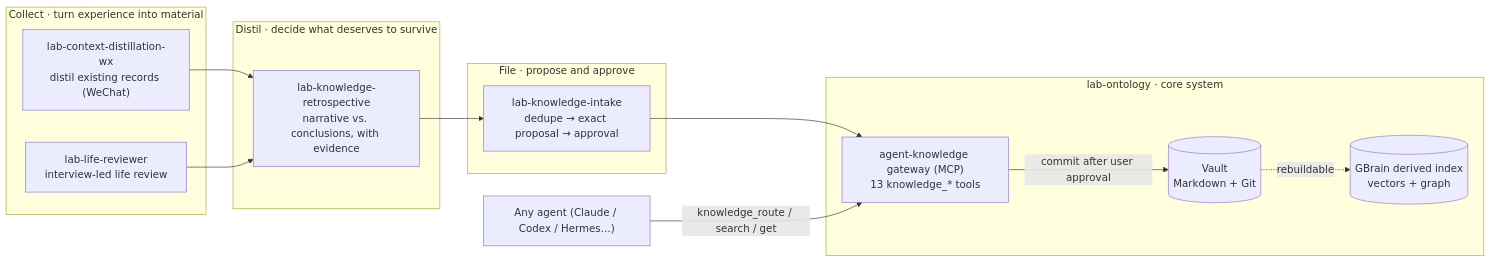
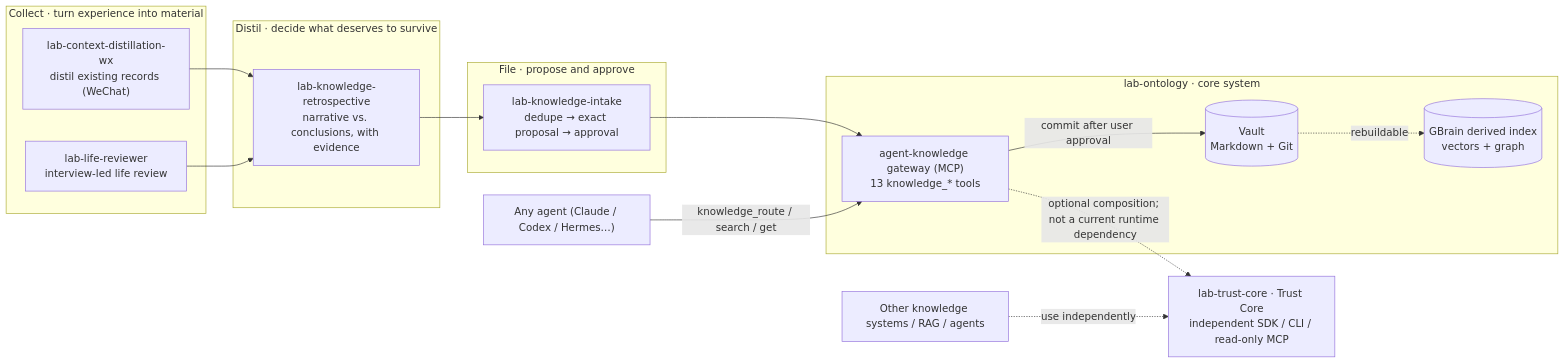
Before and after one commit to haorantang97/Personal-Ontology: the diagram in README.en.md, drawn with Mermaid. The commit also changed other lines of this file and 7 other files, not shown here.

Commit message:
docs: catalogue lab trust core

````diff
--- a/README.en.md
+++ b/README.en.md
@@ -30,25 +30,28 @@
 ```mermaid
 flowchart LR
     subgraph Collect["Collect · turn experience into material"]
         CD["lab-context-distillation-wx<br/>distil existing records (WeChat)"]
         LR["lab-life-reviewer<br/>interview-led life review"]
     end
     subgraph Distil["Distil · decide what deserves to survive"]
         KR["lab-knowledge-retrospective<br/>narrative vs. conclusions, with evidence"]
     end
     subgraph File["File · propose and approve"]
         KI["lab-knowledge-intake<br/>dedupe → exact proposal → approval"]
     end
     subgraph System["lab-ontology · core system"]
         GW["agent-knowledge gateway (MCP)<br/>13 knowledge_* tools"]
         V[("Vault<br/>Markdown + Git")]
         IX[("GBrain derived index<br/>vectors + graph")]
     end
     CD --> KR
     LR --> KR
     KR --> KI
     KI --> GW
     GW -- "commit after user approval" --> V
     V -. "rebuildable" .-> IX
     AG["Any agent (Claude / Codex / Hermes…)"] -- "knowledge_route / search / get" --> GW
+    TC["lab-trust-core · Trust Core<br/>independent SDK / CLI / read-only MCP"]
+    GW -. "optional composition; not a current runtime dependency" .-> TC
+    EXT["Other knowledge systems / RAG / agents"] -. "use independently" .-> TC
 ```
````
